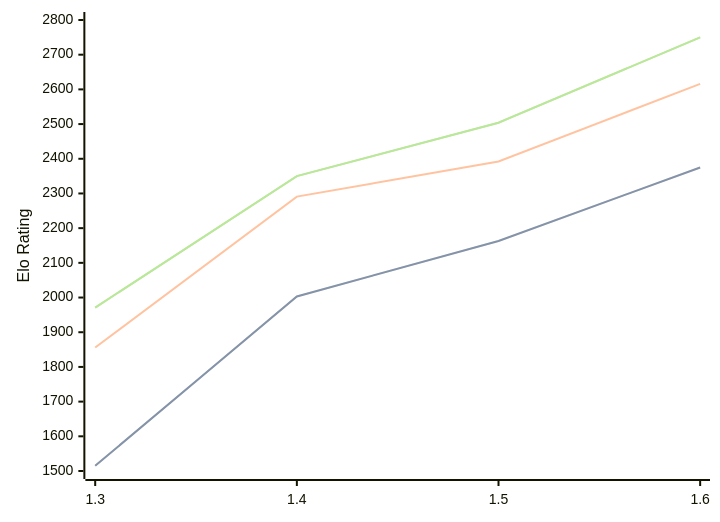
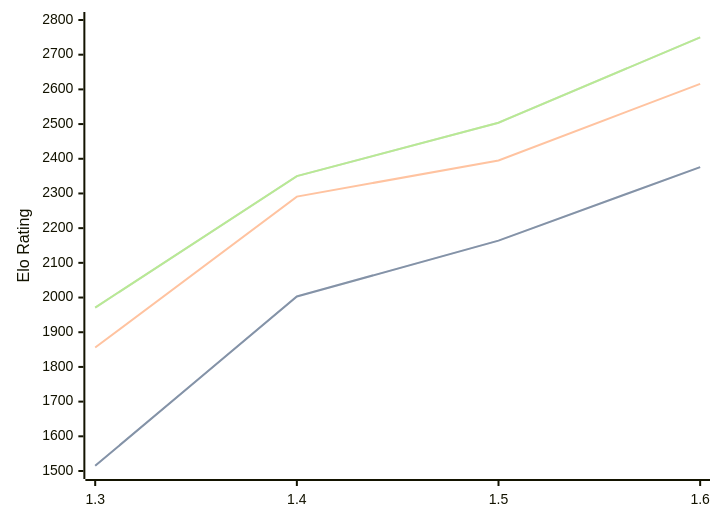
One commit to computer-chess-index/cci changed the diagram in engines/Facon.md. Above: the diagram before and after it, drawn with Mermaid. The commit also changed other lines of this file, not shown here.

````diff
--- a/engines/Facon.md
+++ b/engines/Facon.md
@@ -35,11 +35,11 @@
 ```mermaid
 %%{init: {"theme":"base","themeVariables":{"seriesColors:['#a3a3a3','#222221','#faa371']}}}%%
 xychart-beta
   x-axis ["1.3", "1.4", "1.5", "1.6"]
   y-axis "Elo Rating" 1500 --> 2800
-  line "" [1515, 2003, 2163, 2375]
-  line "STC (8.0+0.08s)" [1515, 2003, 2163, 2375]
-  line "LTC (60.0+0.60s)" [1856, 2291, 2392, 2616]
+  line "" [1515, 2003, 2164, 2376]
+  line "STC (8.0+0.08s)" [1515, 2003, 2164, 2376]
+  line "LTC (60.0+0.60s)" [1856, 2291, 2395, 2616]
   line "" [1971, 2350, 2504, 2750]
   line "VLTC (2m24s+1.12s)" [1971, 2350, 2504, 2750]
 ```
````
